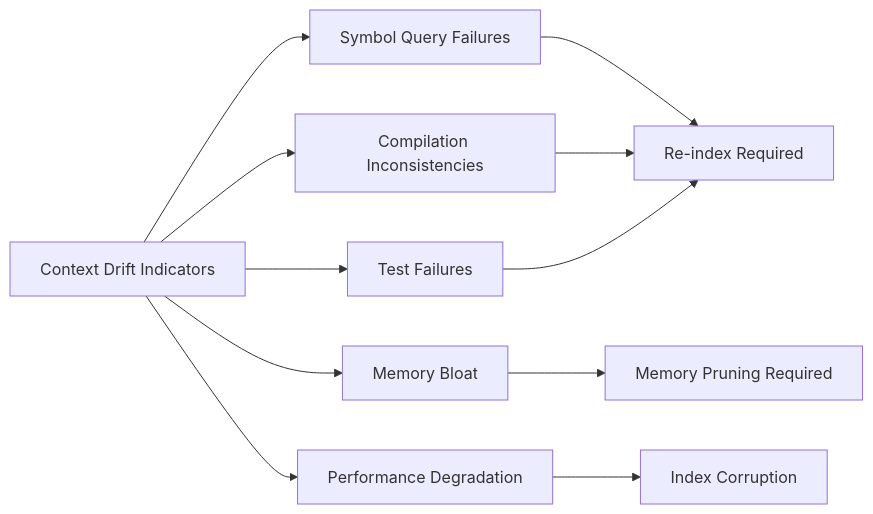
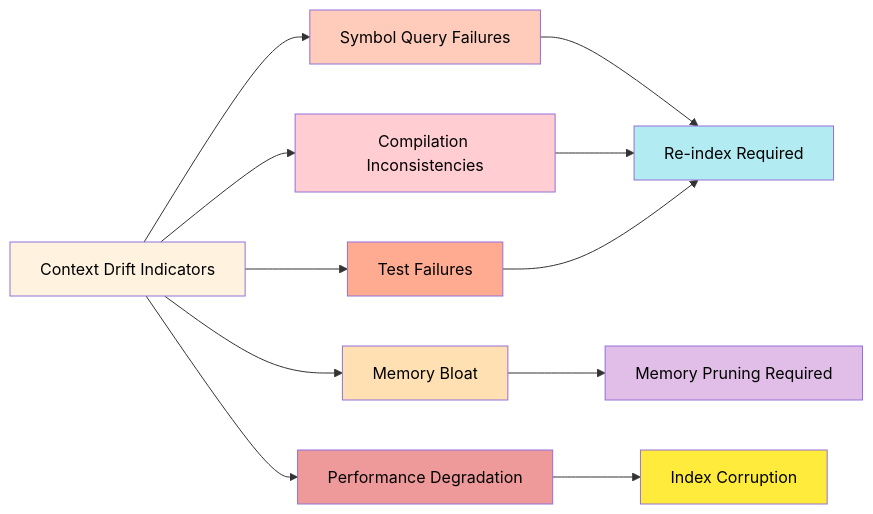
The ninth of 17 diagrams in docs/06-workflow-patterns.md (bprzybys-nc/ctx-eng-plus), drawn with Mermaid before and after one commit. The commit also changed other lines of this file and 8 other files, not shown here.

````diff
--- a/docs/06-workflow-patterns.md
+++ b/docs/06-workflow-patterns.md
@@ -706,14 +792,24 @@
 ```mermaid
 graph LR
     A["Context Drift Indicators"] --> B["Symbol Query Failures"]
     A --> C["Compilation Inconsistencies"]
     A --> D["Memory Bloat"]
     A --> E["Test Failures"]
     A --> F["Performance Degradation"]
 
     B --> G["Re-index Required"]
     C --> G
     D --> H["Memory Pruning Required"]
     E --> G
     F --> I["Index Corruption"]
+
+    style A fill:#fff3e0,color:#000
+    style B fill:#ffccbc,color:#000
+    style C fill:#ffcdd2,color:#000
+    style D fill:#ffe0b2,color:#000
+    style E fill:#ffab91,color:#000
+    style F fill:#ef9a9a,color:#000
+    style G fill:#b2ebf2,color:#000
+    style H fill:#e1bee7,color:#000
+    style I fill:#ffeb3b,color:#000
 ```
````
